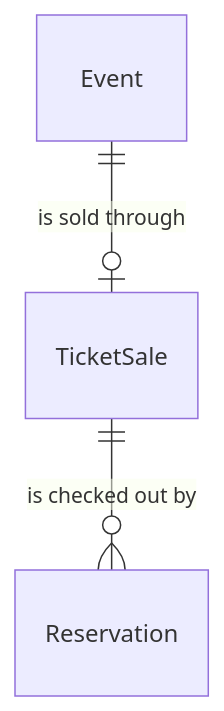
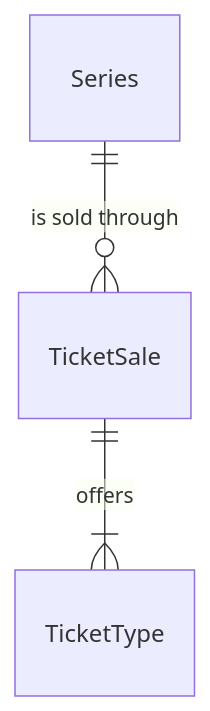
Before and after one commit to liverty-music/specification: the diagram in openspec/specs/components/entity/ticket-sale/spec.md, drawn with Mermaid. The commit also changed other lines of this file and 190 other files, not shown here.

````diff
--- a/openspec/specs/components/entity/ticket-sale/spec.md
+++ b/openspec/specs/components/entity/ticket-sale/spec.md
@@ -21,5 +17,5 @@
 ```mermaid
 erDiagram
-  Event ||--o| TicketSale : "is sold through"
-  TicketSale ||--o{ Reservation : "is checked out by"
+  Series ||--o{ TicketSale : "is sold through"
+  TicketSale ||--|{ TicketType : "offers"
 ```
````
